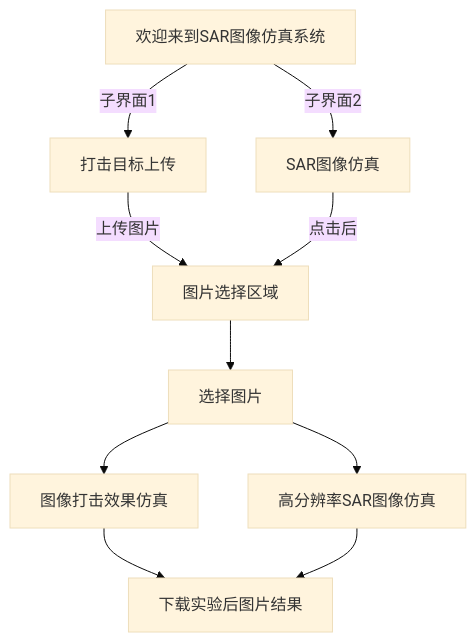
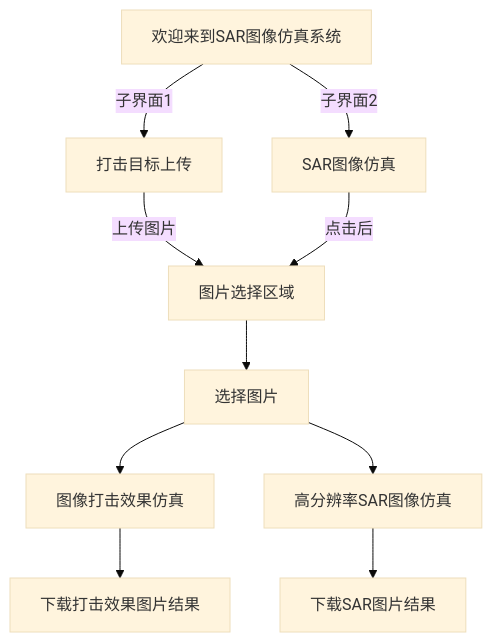
The diagram in week6/改善代码.md (NUAAteam/SAR), drawn with Mermaid (base theme) before and after one commit.

Commit message:
更改mermaid分支

````diff
--- a/week6/改善代码.md
+++ b/week6/改善代码.md
@@ -159,20 +159,21 @@
 ```mermaid
 graph TD
     A[欢迎来到SAR图像仿真系统]
     B[打击目标上传]
     C[SAR图像仿真]
     D[图片选择区域]
     E[选择图片]
     F[图像打击效果仿真]
     G[高分辨率SAR图像仿真]
-    H[下载实验后图片结果]
+    H1[下载打击效果图片结果]
+    H2[下载SAR图片结果]
     A-->|子界面1|B
     A-->|子界面2|C
     B-->|上传图片|D
     C-->|点击后|D
     D-->E
     E-->F
     E-->G
-    F-->H
-    G-->H
+    F-->H1
+    G-->H2
 ```
````
